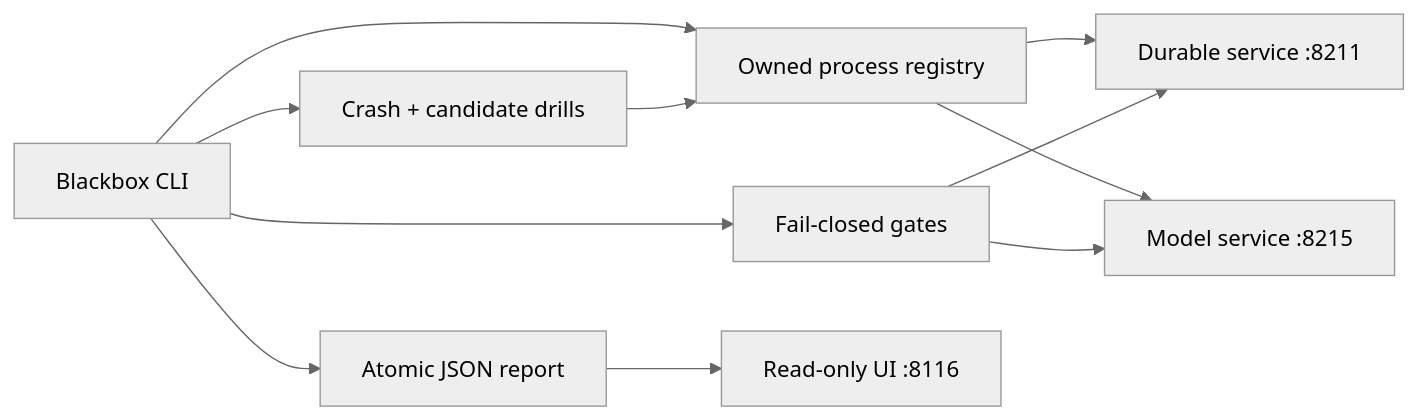
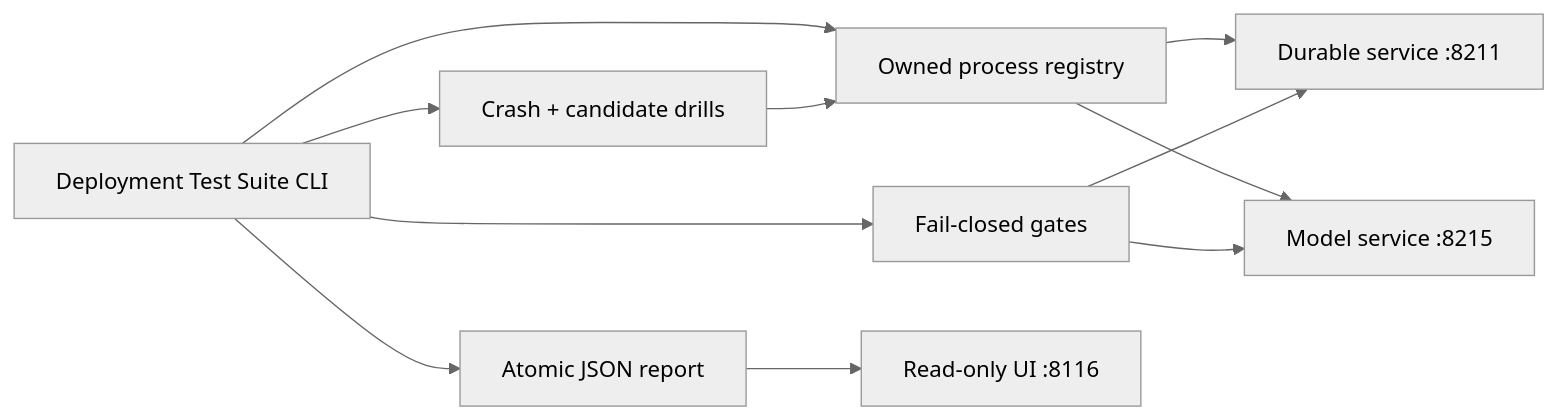
Before and after one commit to RoshanDewmina/release-reliability-lab: the diagram in README.md, drawn with Mermaid (neutral theme). The commit also changed other lines of this file and 5 other files, not shown here.

Commit message:
Use clearer project display name: Deployment Test Suite

````diff
--- a/README.md
+++ b/README.md
@@ -7,13 +7,13 @@
 ```mermaid
 flowchart LR
-    CLI[Blackbox CLI] --> PM[Owned process registry]
+    CLI[Deployment Test Suite CLI] --> PM[Owned process registry]
     PM --> D[Durable service :8211]
     PM --> M[Model service :8215]
     CLI --> G[Fail-closed gates]
     G --> D
     G --> M
     CLI --> F[Crash + candidate drills]
     F --> PM
     CLI --> R[Atomic JSON report]
     R --> UI[Read-only UI :8116]
 ```
````
